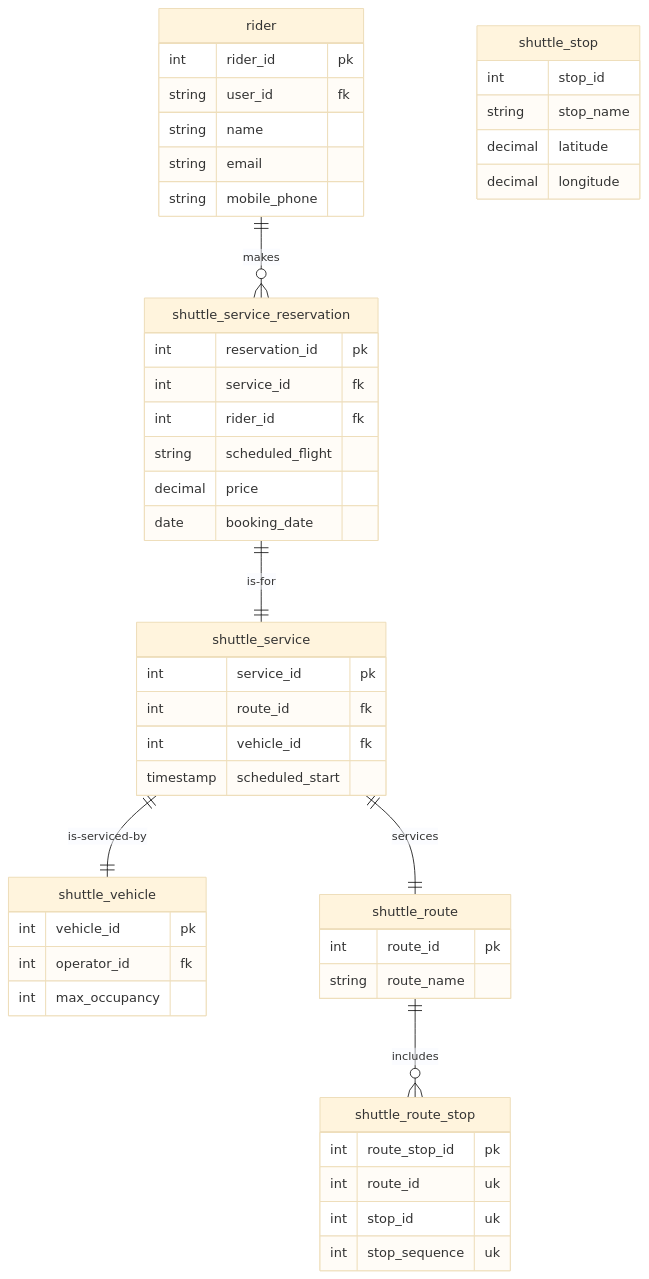
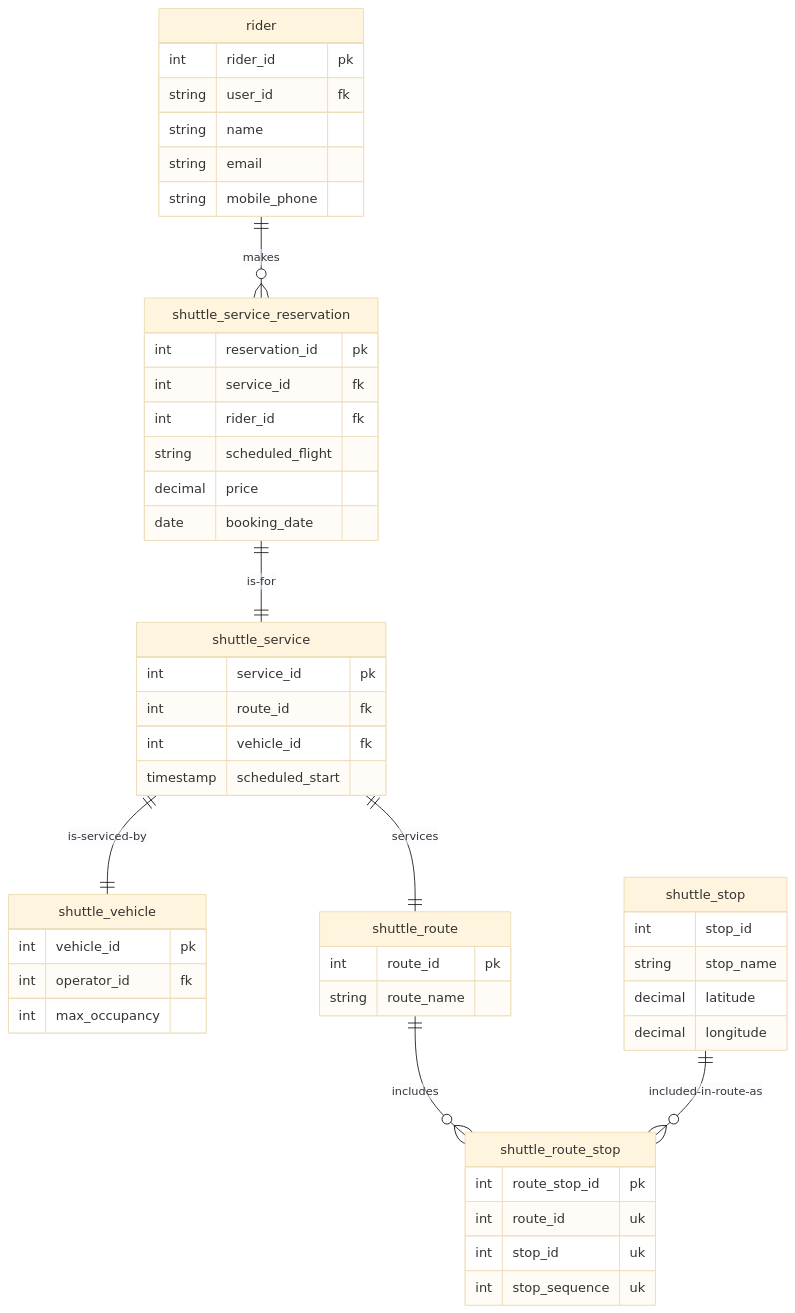
One commit to Snookblast/coding-challenge changed the diagram in README.md. Above: the diagram before and after it, drawn with Mermaid (base theme).

````diff
--- a/README.md
+++ b/README.md
@@ -3,59 +3,59 @@
 ```mermaid
 erDiagram
     rider {
         int rider_id pk
         string user_id fk
         string name
         string email
         string mobile_phone
     }
 
     shuttle_service_reservation {
         int reservation_id pk
         int service_id fk
         int rider_id fk
         string scheduled_flight
         decimal price 
         date booking_date 
     }
 
     shuttle_service {
         int service_id pk
         int route_id fk
         int vehicle_id fk
         timestamp  scheduled_start
     }
 
     shuttle_vehicle {
       int vehicle_id pk
       int operator_id fk
       int max_occupancy
     }
 
     shuttle_route {
         int route_id pk
         string route_name 
     }
 
     shuttle_stop {
         int stop_id
         string stop_name
         decimal latitude
         decimal longitude
     }
     
     shuttle_route_stop {
         int route_stop_id pk
         int route_id uk
         int stop_id uk
         int stop_sequence uk
     }
 
     rider ||--o{ shuttle_service_reservation : makes
     shuttle_service_reservation ||--|| shuttle_service : is-for
     shuttle_service ||--|| shuttle_route : services
     shuttle_service ||--|| shuttle_vehicle : is-serviced-by
     shuttle_route ||--o{ shuttle_route_stop : includes
-    
+    shuttle_stop ||--o{ shuttle_route_stop : included-in-route-as
 
 ```
````
